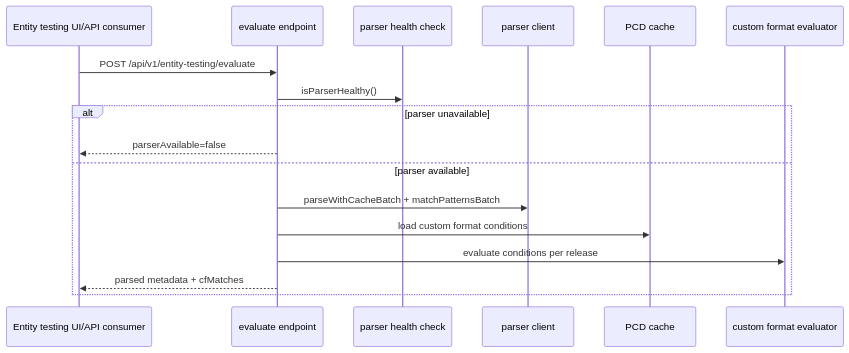
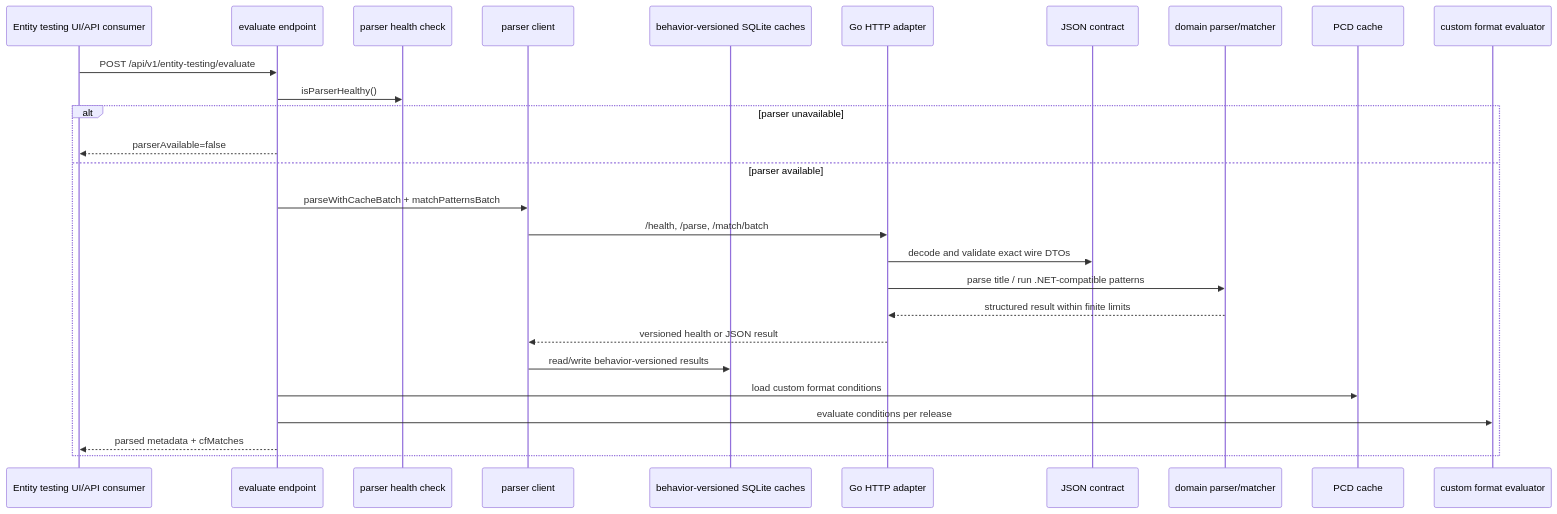
Before and after one commit to yandy-r/praxrr: the fourth of 4 diagrams in docs/architecture/data-flow.md, drawn with Mermaid. The commit also changed other lines of this file and 149 other files, not shown here.

First line of the commit message:
feat(parser): replace .NET parser with Go (#260)

````diff
--- a/docs/architecture/data-flow.md
+++ b/docs/architecture/data-flow.md
@@ -93,20 +99,30 @@
 ```mermaid
 sequenceDiagram
     participant UI as Entity testing UI/API consumer
     participant Eval as evaluate endpoint
     participant ParserHealth as parser health check
-    participant Parser as parser client
-    participant Cache as PCD cache
+    participant Client as parser client
+    participant ParserCache as behavior-versioned SQLite caches
+    participant HTTP as Go HTTP adapter
+    participant Contract as JSON contract
+    participant Parser as domain parser/matcher
+    participant PCDCache as PCD cache
     participant CF as custom format evaluator
 
     UI->>Eval: POST /api/v1/entity-testing/evaluate
     Eval->>ParserHealth: isParserHealthy()
     alt parser unavailable
         Eval-->>UI: parserAvailable=false
     else parser available
-        Eval->>Parser: parseWithCacheBatch + matchPatternsBatch
-        Eval->>Cache: load custom format conditions
+  Eval->>Client: parseWithCacheBatch + matchPatternsBatch
+  Client->>HTTP: /health, /parse, /match/batch
+  HTTP->>Contract: decode and validate exact wire DTOs
+  HTTP->>Parser: parse title / run .NET-compatible patterns
+  Parser-->>HTTP: structured result within finite limits
+  HTTP-->>Client: versioned health or JSON result
+  Client->>ParserCache: read/write behavior-versioned results
+  Eval->>PCDCache: load custom format conditions
         Eval->>CF: evaluate conditions per release
         Eval-->>UI: parsed metadata + cfMatches
     end
 ```
````
